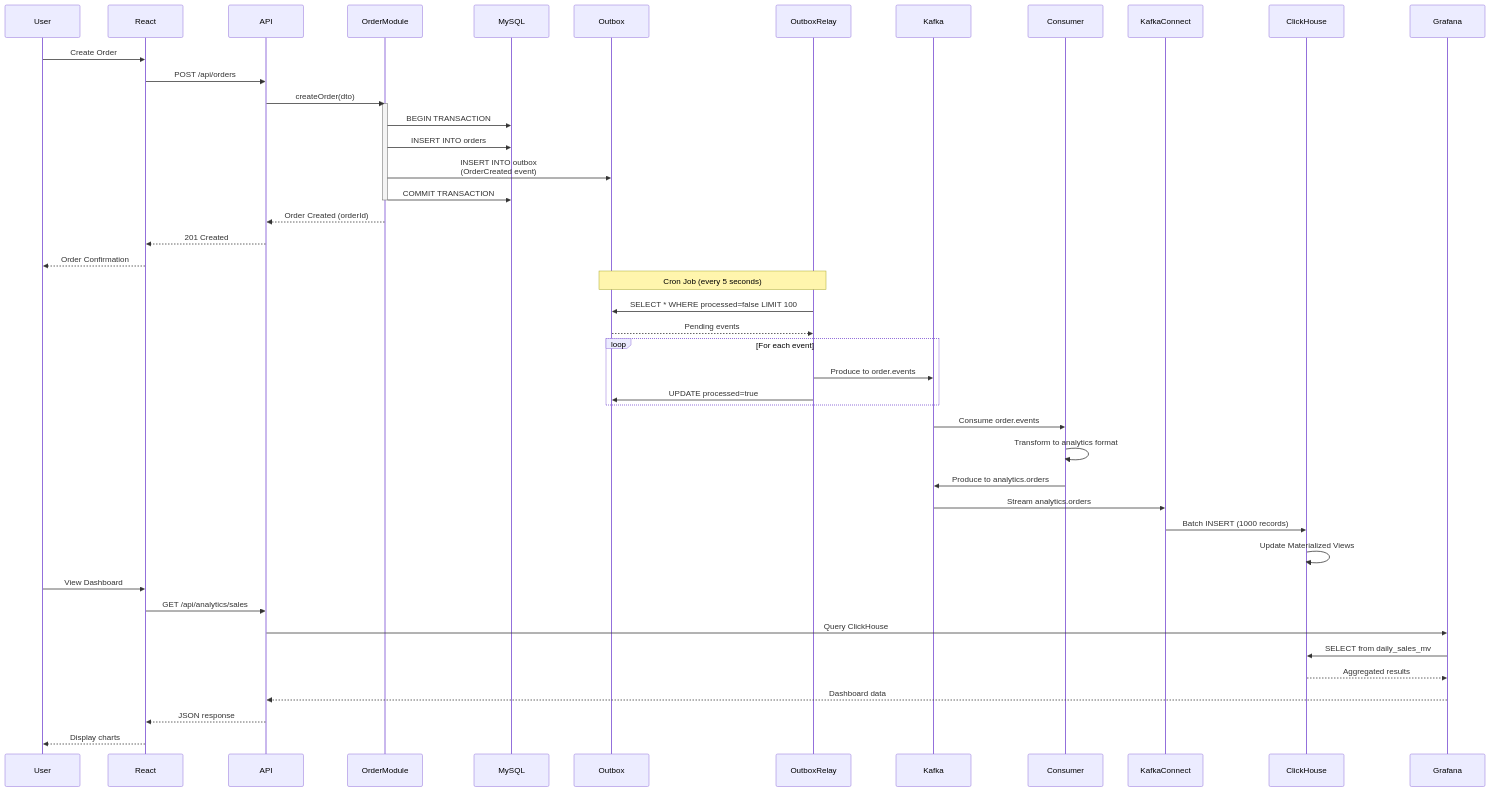
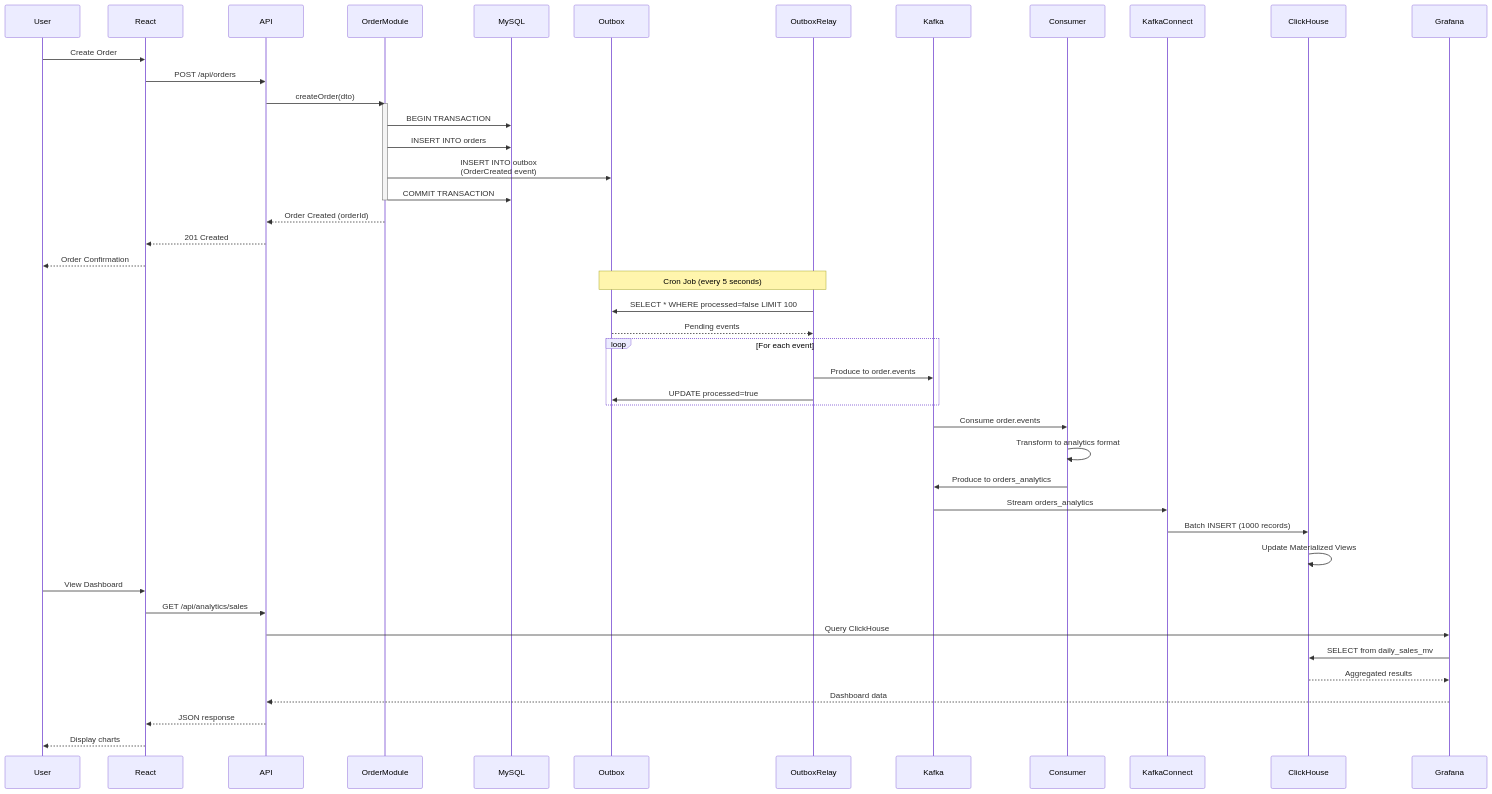
One commit to duarbdhks/nestjs-cllickhouse changed the second of 9 diagrams in docs/architecture/system-architecture-diagram.md. Above: the diagram before and after it, drawn with Mermaid. The commit also changed other lines of this file and 3 other files, not shown here.

````diff
--- a/docs/architecture/system-architecture-diagram.md
+++ b/docs/architecture/system-architecture-diagram.md
@@ -85,57 +85,57 @@
 ```mermaid
 sequenceDiagram
     participant User
     participant React
     participant API
     participant OrderModule
     participant MySQL
     participant Outbox
     participant OutboxRelay
     participant Kafka
     participant Consumer
     participant KafkaConnect
     participant ClickHouse
     participant Grafana
 
     User->>React: Create Order
     React->>API: POST /api/orders
     API->>OrderModule: createOrder(dto)
 
     activate OrderModule
     OrderModule->>MySQL: BEGIN TRANSACTION
     OrderModule->>MySQL: INSERT INTO orders
     OrderModule->>Outbox: INSERT INTO outbox<br/>(OrderCreated event)
     OrderModule->>MySQL: COMMIT TRANSACTION
     deactivate OrderModule
 
     OrderModule-->>API: Order Created (orderId)
     API-->>React: 201 Created
     React-->>User: Order Confirmation
 
     Note over Outbox,OutboxRelay: Cron Job (every 5 seconds)
 
     OutboxRelay->>Outbox: SELECT * WHERE processed=false LIMIT 100
     Outbox-->>OutboxRelay: Pending events
 
     loop For each event
         OutboxRelay->>Kafka: Produce to order.events
         OutboxRelay->>Outbox: UPDATE processed=true
     end
 
     Kafka->>Consumer: Consume order.events
     Consumer->>Consumer: Transform to analytics format
-    Consumer->>Kafka: Produce to analytics.orders
+    Consumer->>Kafka: Produce to orders_analytics
 
-    Kafka->>KafkaConnect: Stream analytics.orders
+    Kafka->>KafkaConnect: Stream orders_analytics
     KafkaConnect->>ClickHouse: Batch INSERT (1000 records)
     ClickHouse->>ClickHouse: Update Materialized Views
 
     User->>React: View Dashboard
     React->>API: GET /api/analytics/sales
     API->>Grafana: Query ClickHouse
     Grafana->>ClickHouse: SELECT from daily_sales_mv
     ClickHouse-->>Grafana: Aggregated results
     Grafana-->>API: Dashboard data
     API-->>React: JSON response
     React-->>User: Display charts
 ```
````
